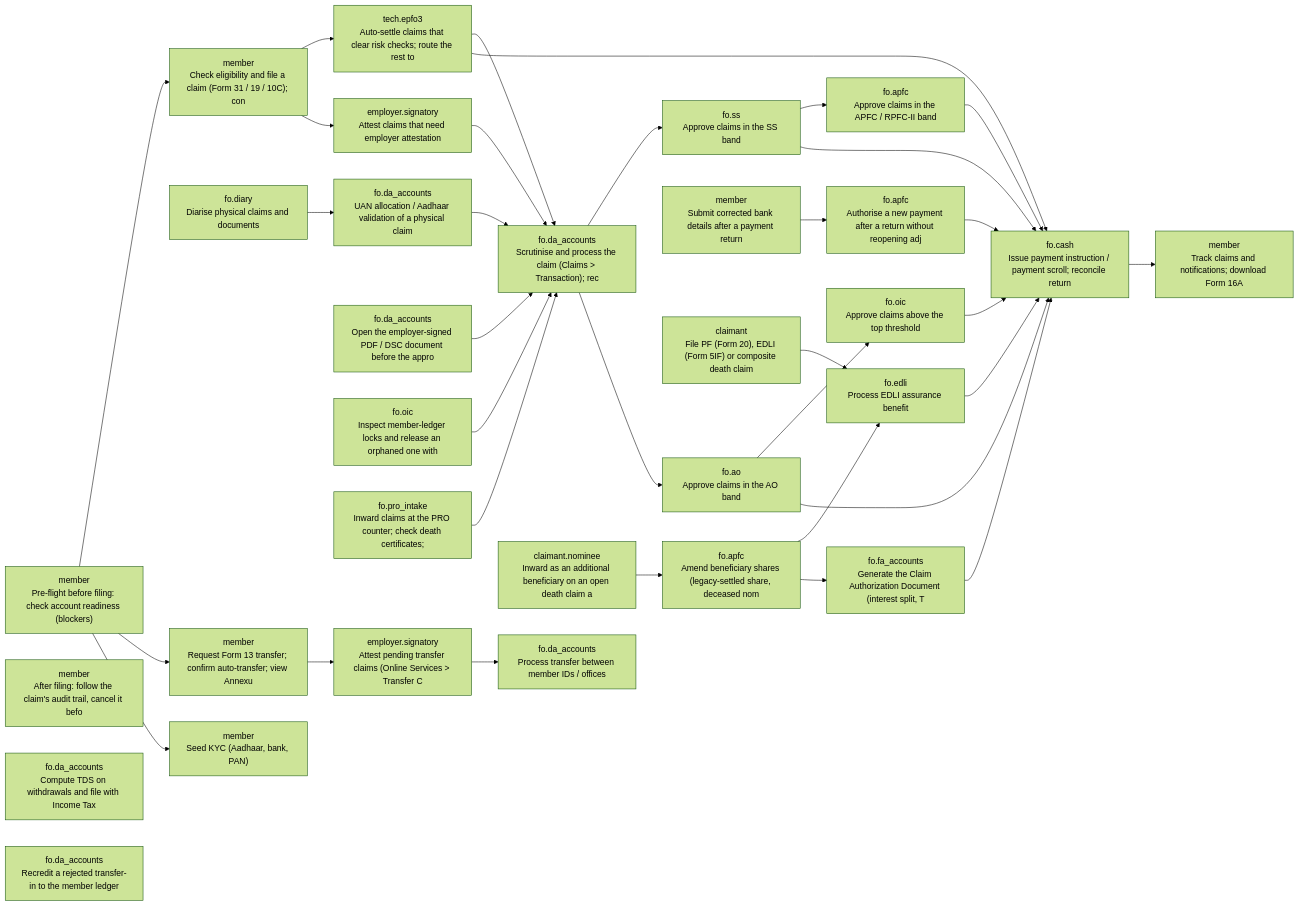
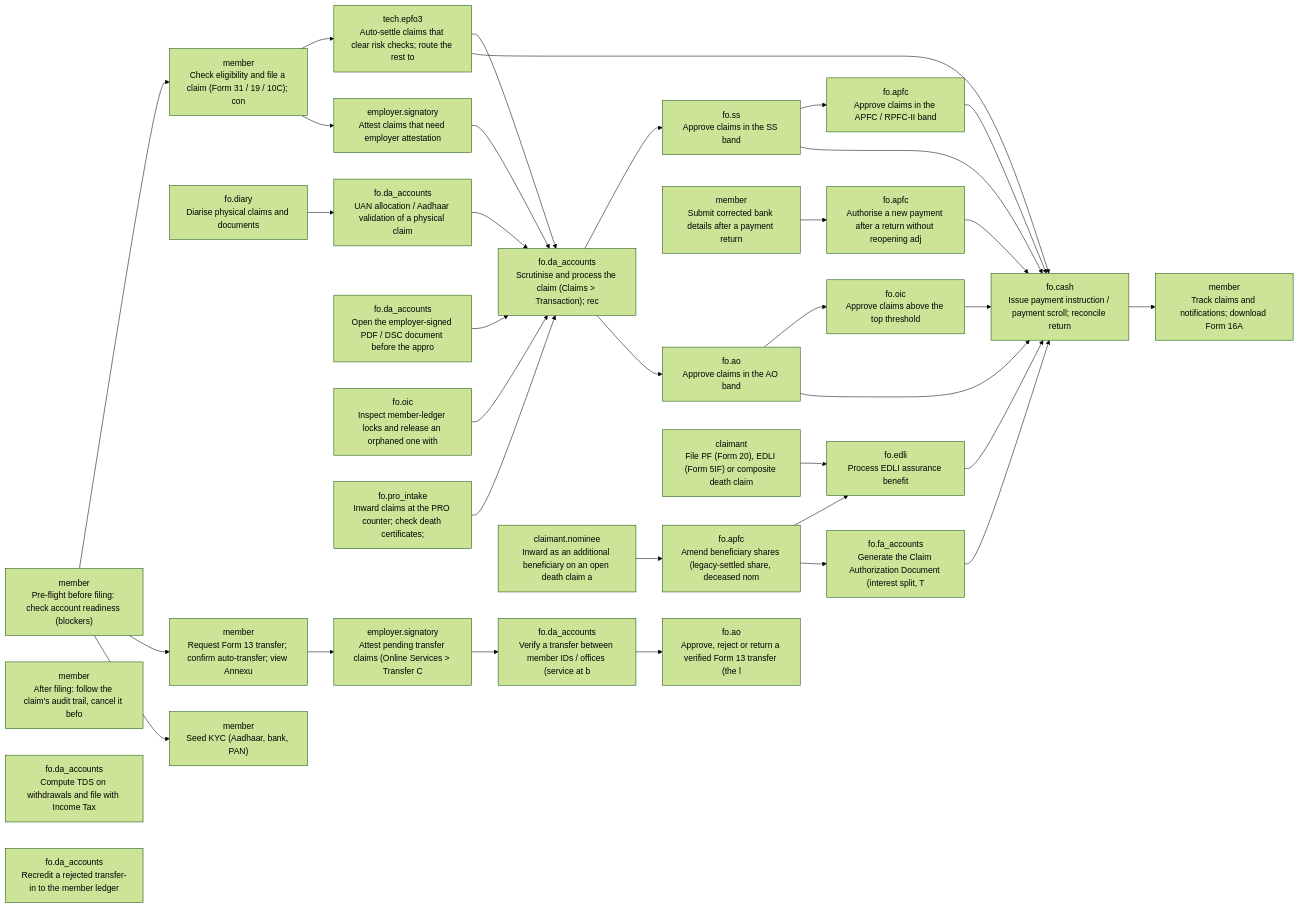
The fourth of 14 diagrams in docs/stakeholder-api-sets.md (gauravmeena0708/pf-life), drawn with Mermaid (forest theme) before and after one commit. The commit also changed other lines of this file and 57 other files, not shown here.

First line of the commit message:
Phase 2, slice 1: dates of exit, service history, applications and Form 13 transfer

````diff
--- a/docs/stakeholder-api-sets.md
+++ b/docs/stakeholder-api-sets.md
@@ -1468,65 +1471,67 @@
 ```mermaid
 flowchart LR
   F04_preflight["member<br/>Pre-flight before filing: check account readiness (blockers)"]
   F04_claim_file["member<br/>Check eligibility and file a claim (Form 31 / 19 / 10C); con"]
   F04_auto_settle["tech.epfo3<br/>Auto-settle claims that clear risk checks; route the rest to"]
   F04_attest["employer.signatory<br/>Attest claims that need employer attestation"]
   F04_physical["fo.diary<br/>Diarise physical claims and documents"]
   F04_physical_validate["fo.da_accounts<br/>UAN allocation / Aadhaar validation of a physical claim"]
   F04_process["fo.da_accounts<br/>Scrutinise and process the claim (Claims > Transaction); rec"]
   F04_approve_ss["fo.ss<br/>Approve claims in the SS band"]
   F04_approve_ao["fo.ao<br/>Approve claims in the AO band"]
   F04_approve_apfc["fo.apfc<br/>Approve claims in the APFC / RPFC-II band"]
   F04_approve_oic["fo.oic<br/>Approve claims above the top threshold"]
   F04_pay["fo.cash<br/>Issue payment instruction / payment scroll; reconcile return"]
   F04_cad["fo.fa_accounts<br/>Generate the Claim Authorization Document (interest split, T"]
   F04_post_submission["member<br/>After filing: follow the claim's audit trail, cancel it befo"]
   F04_redisburse_request["member<br/>Submit corrected bank details after a payment return"]
   F04_redisburse_approve["fo.apfc<br/>Authorise a new payment after a return without reopening adj"]
   F04_attestation_view["fo.da_accounts<br/>Open the employer-signed PDF / DSC document before the appro"]
   F04_lock_admin["fo.oic<br/>Inspect member-ledger locks and release an orphaned one with"]
   F04_pro_intake["fo.pro_intake<br/>Inward claims at the PRO counter; check death certificates; "]
   F04_track["member<br/>Track claims and notifications; download Form 16A"]
   F04_tds["fo.da_accounts<br/>Compute TDS on withdrawals and file with Income Tax"]
   F04_transfer["member<br/>Request Form 13 transfer; confirm auto-transfer; view Annexu"]
   F04_transfer_attest["employer.signatory<br/>Attest pending transfer claims (Online Services > Transfer C"]
-  F04_transfer_process["fo.da_accounts<br/>Process transfer between member IDs / offices"]
+  F04_transfer_process["fo.da_accounts<br/>Verify a transfer between member IDs / offices (service at b"]
+  F04_transfer_decide["fo.ao<br/>Approve, reject or return a verified Form 13 transfer (the l"]
   F04_transfer_recredit["fo.da_accounts<br/>Recredit a rejected transfer-in to the member ledger"]
   F04_death_claim["claimant<br/>File PF (Form 20), EDLI (Form 5IF) or composite death claim"]
   F04_co_beneficiary["claimant.nominee<br/>Inward as an additional beneficiary on an open death claim a"]
   F04_shares["fo.apfc<br/>Amend beneficiary shares (legacy-settled share, deceased nom"]
   F04_edli["fo.edli<br/>Process EDLI assurance benefit"]
   F04_preflight --> F04_claim_file
   F04_preflight --> F04_transfer
   F02_kyc_seed["member<br/>Seed KYC (Aadhaar, bank, PAN)"]
   F04_preflight --> F02_kyc_seed
   F04_claim_file --> F04_auto_settle
   F04_claim_file --> F04_attest
   F04_auto_settle --> F04_process
   F04_auto_settle --> F04_pay
   F04_attest --> F04_process
   F04_physical --> F04_physical_validate
   F04_physical_validate --> F04_process
   F04_process --> F04_approve_ss
   F04_process --> F04_approve_ao
   F04_approve_ss --> F04_approve_apfc
   F04_approve_ss --> F04_pay
   F04_approve_ao --> F04_approve_oic
   F04_approve_ao --> F04_pay
   F04_approve_apfc --> F04_pay
   F04_approve_oic --> F04_pay
   F04_pay --> F04_track
   F04_cad --> F04_pay
   F04_redisburse_request --> F04_redisburse_approve
   F04_redisburse_approve --> F04_pay
   F04_attestation_view --> F04_process
   F04_lock_admin --> F04_process
   F04_pro_intake --> F04_process
   F04_transfer --> F04_transfer_attest
   F04_transfer_attest --> F04_transfer_process
+  F04_transfer_process --> F04_transfer_decide
   F04_death_claim --> F04_edli
   F04_co_beneficiary --> F04_shares
   F04_shares --> F04_edli
   F04_shares --> F04_cad
   F04_edli --> F04_pay
 ```
````
